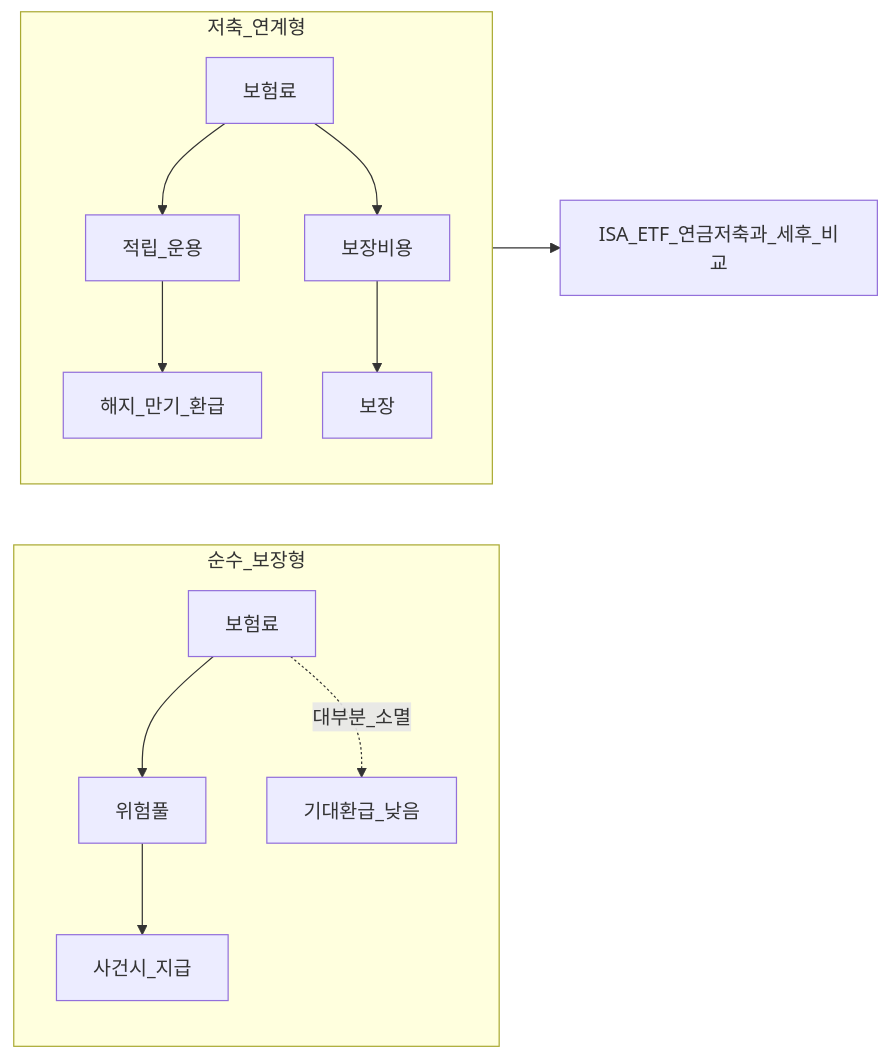
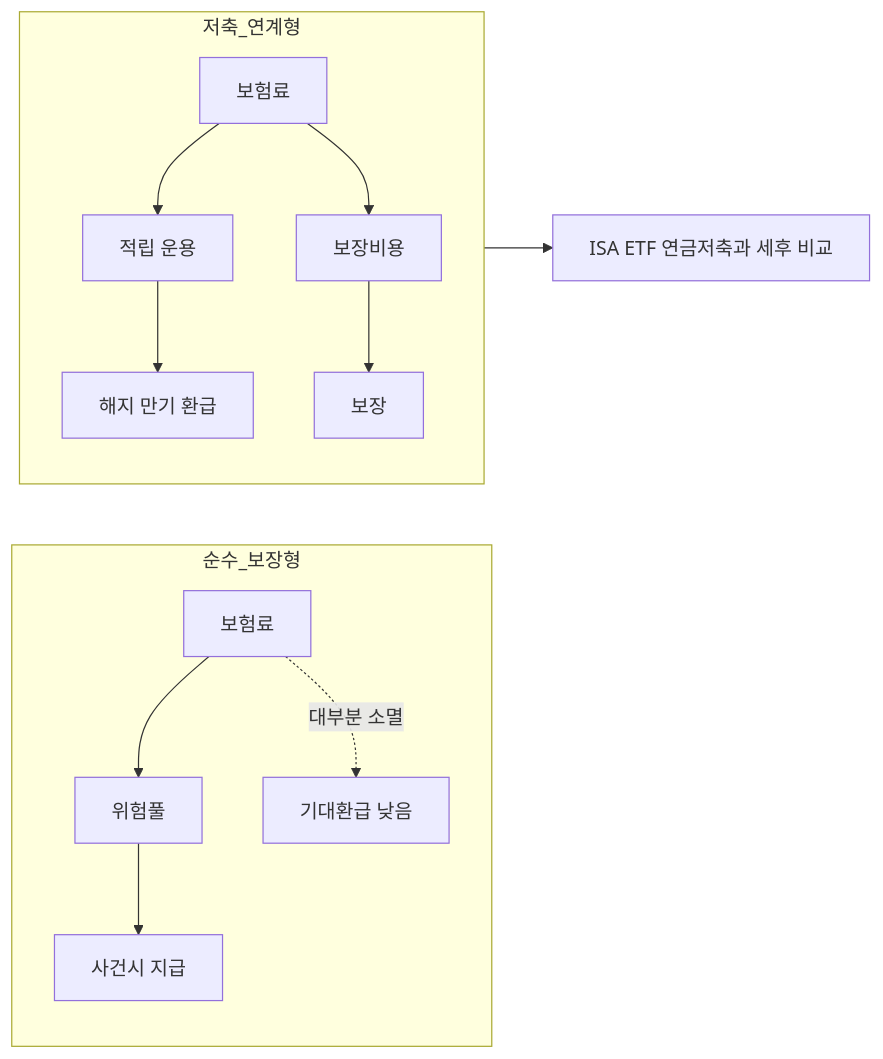
The second of 3 diagrams in 01-foundations/insurance-risk-transfer.md (goldanghenry/Finances), drawn with Mermaid before and after one commit. The commit also changed other lines of this file and 211 other files, not shown here.

````diff
--- a/01-foundations/insurance-risk-transfer.md
+++ b/01-foundations/insurance-risk-transfer.md
@@ -155,15 +163,15 @@
 ```mermaid
 flowchart LR
   subgraph Pure [순수_보장형]
     P1[보험료] --> P2[위험풀]
-    P2 --> P3[사건시_지급]
-    P1 -.->|대부분_소멸| P4[기대환급_낮음]
+    P2 --> P3["사건시 지급"]
+    P1 -.->|"대부분 소멸"| P4["기대환급 낮음"]
   end
   subgraph Save [저축_연계형]
     S1[보험료] --> S2[보장비용]
-    S1 --> S3[적립_운용]
-    S3 --> S4[해지_만기_환급]
+    S1 --> S3["적립 운용"]
+    S3 --> S4["해지 만기 환급"]
     S2 --> S5[보장]
   end
-  Save --> Compare[ISA_ETF_연금저축과_세후_비교]
+  Save --> Compare["ISA ETF 연금저축과 세후 비교"]
 ```
````
